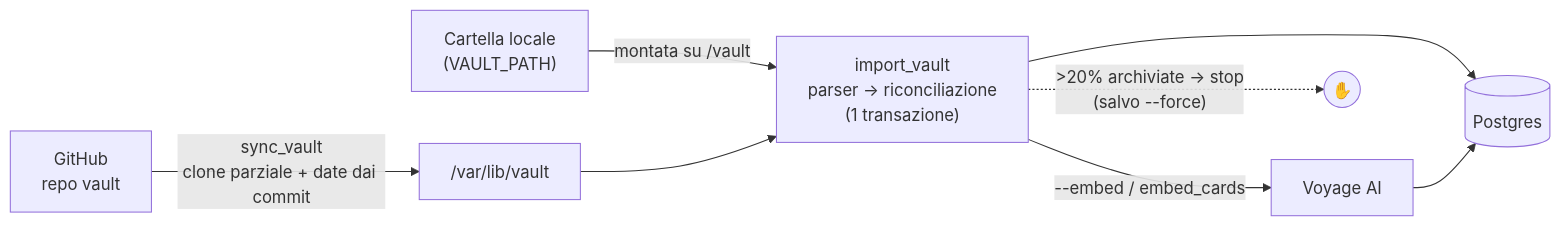
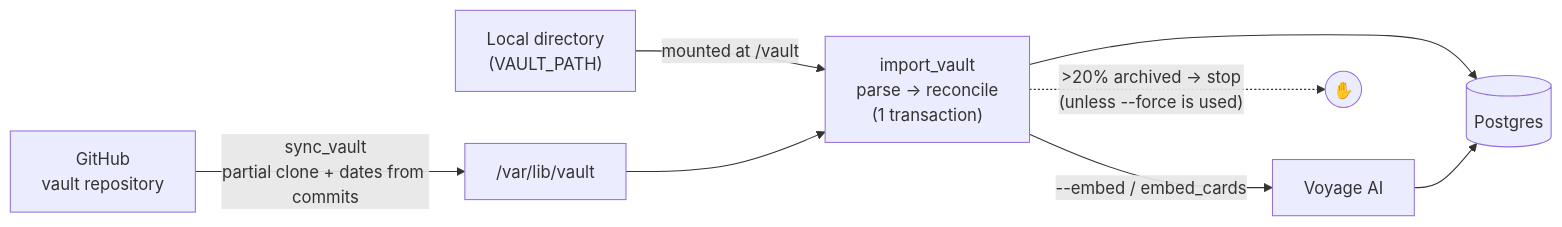
The sixth of 8 diagrams in README.md (jackw1-tech/FlashCardApp), drawn with Mermaid before and after one commit. The commit also changed other lines of this file, not shown here.

````diff
--- a/README.md
+++ b/README.md
@@ -217,9 +217,9 @@
 ```mermaid
 flowchart LR
-    GH["GitHub<br/>repo vault"] -- "sync_vault<br/>clone parziale + date dai commit" --> CL["/var/lib/vault"]
-    LOC["Cartella locale<br/>(VAULT_PATH)"] -- "montata su /vault" --> IMP
-    CL --> IMP["import_vault<br/>parser → riconciliazione<br/>(1 transazione)"]
+    GH["GitHub<br/>vault repository"] -- "sync_vault<br/>partial clone + dates from commits" --> CL["/var/lib/vault"]
+    LOC["Local directory<br/>(VAULT_PATH)"] -- "mounted at /vault" --> IMP
+    CL --> IMP["import_vault<br/>parse → reconcile<br/>(1 transaction)"]
     IMP --> DB[("Postgres")]
     IMP -- "--embed / embed_cards" --> VY["Voyage AI"] --> DB
-    IMP -. ">20% archiviate → stop<br/>(salvo --force)" .-> STOP(("✋"))
+    IMP -. ">20% archived → stop<br/>(unless --force is used)" .-> STOP(("✋"))
 ```
````
